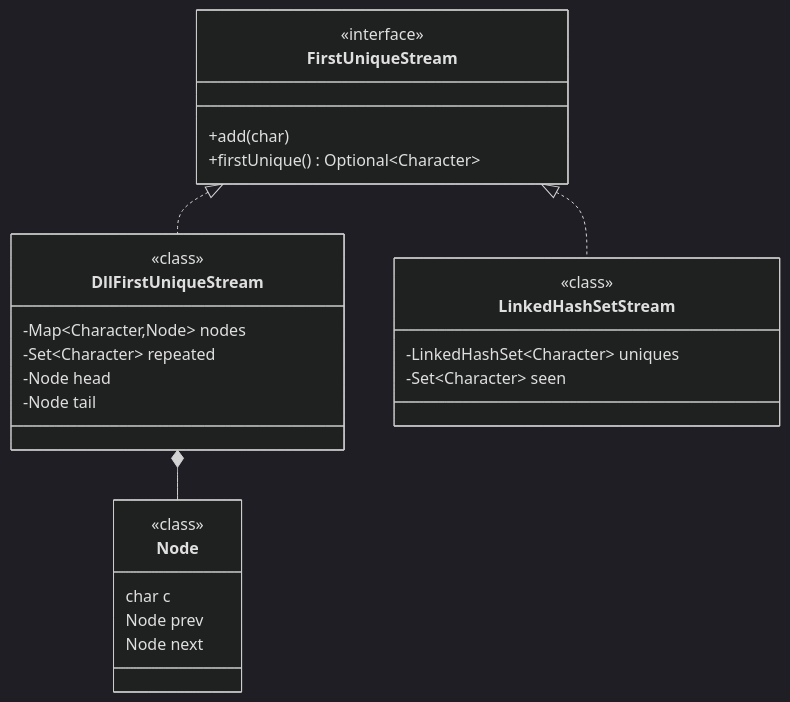
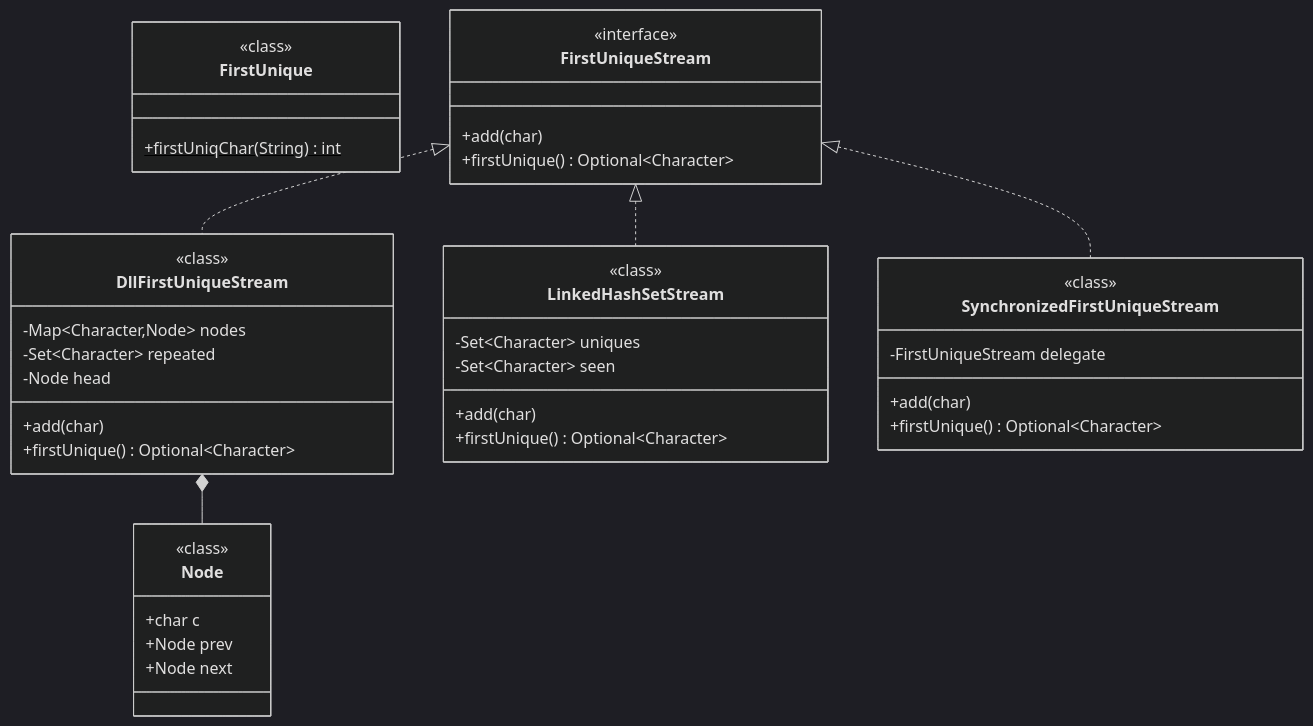
One commit to amarkum/amarkumar.guru changed the first of 2 diagrams in system-design/lld/09-first-unique-char.md. Above: the diagram before and after it, drawn with Mermaid (dark theme). The commit also changed 27 other files, not shown here.

Commit message:
Rebuild every UML class diagram from its Java code, add a notes progress tracker, and make diagrams readable with zoom and a legend.

````diff
--- a/system-design/lld/09-first-unique-char.md
+++ b/system-design/lld/09-first-unique-char.md
@@ -31,38 +31,43 @@
 ```mermaid
 classDiagram
+    class FirstUnique {
+      <<class>>
+      +firstUniqChar(String)$ int
+    }
     class FirstUniqueStream {
       <<interface>>
       +add(char)
       +firstUnique() Optional~Character~
     }
     class DllFirstUniqueStream {
+      <<class>>
       -Map~Character,Node~ nodes
       -Set~Character~ repeated
       -Node head
-      -Node tail
+      +add(char)
+      +firstUnique() Optional~Character~
+    }
+    class Node {
+      <<class>>
+      +char c
+      +Node prev
+      +Node next
     }
     class LinkedHashSetStream {
-      -LinkedHashSet~Character~ uniques
+      <<class>>
+      -Set~Character~ uniques
       -Set~Character~ seen
+      +add(char)
+      +firstUnique() Optional~Character~
     }
-    class Node {
-      char c
-      Node prev
-      Node next
+    class SynchronizedFirstUniqueStream {
+      <<class>>
+      -FirstUniqueStream delegate
+      +add(char)
+      +firstUnique() Optional~Character~
     }
     FirstUniqueStream <|.. DllFirstUniqueStream
     FirstUniqueStream <|.. LinkedHashSetStream
     DllFirstUniqueStream *-- Node
-    class DllFirstUniqueStream {
-      <<class>>
-    }
-    class Node {
-      <<class>>
-    }
-    class FirstUniqueStream {
-      <<interface>>
-    }
-    class LinkedHashSetStream {
-      <<class>>
-    }
+    FirstUniqueStream <|.. SynchronizedFirstUniqueStream
 ```
````
